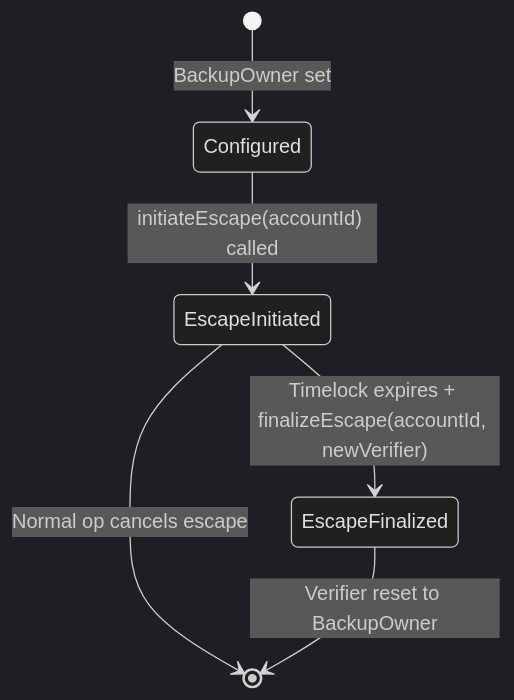
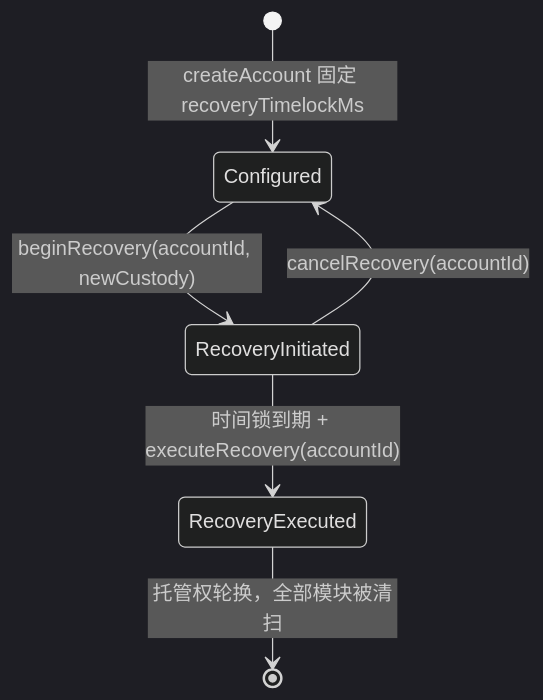
Before and after one commit to r3e-network/neo-os-aa: the third of 3 diagrams in docs/ETHEREUM_AA_COMPARISON.zh-CN.md, drawn with Mermaid (dark theme). The commit also changed other lines of this file and 425 other files, not shown here.

````diff
--- a/docs/ETHEREUM_AA_COMPARISON.zh-CN.md
+++ b/docs/ETHEREUM_AA_COMPARISON.zh-CN.md
@@ -295,8 +295,8 @@
 ```mermaid
 stateDiagram-v2
-    [*] --> Configured: BackupOwner set
-    Configured --> EscapeInitiated: initiateEscape(accountId) called
-    EscapeInitiated --> [*]: Normal op cancels escape
-    EscapeInitiated --> EscapeFinalized: Timelock expires + finalizeEscape(accountId, newVerifier)
-    EscapeFinalized --> [*]: Verifier reset to BackupOwner
+    [*] --> Configured: createAccount 固定 recoveryTimelockMs
+    Configured --> RecoveryInitiated: beginRecovery(accountId, newCustody)
+    RecoveryInitiated --> Configured: cancelRecovery(accountId)
+    RecoveryInitiated --> RecoveryExecuted: 时间锁到期 + executeRecovery(accountId)
+    RecoveryExecuted --> [*]: 托管权轮换，全部模块被清扫
 ```
````
